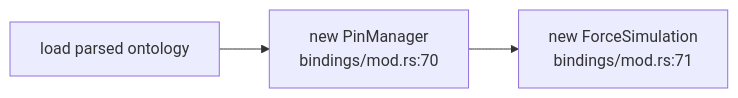
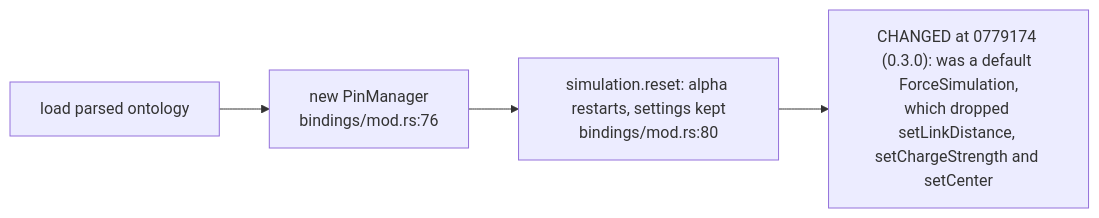
Before and after one commit to DreamLab-AI/VisionFlow: the second of 3 diagrams in docs/diagrams/vowl-wasm/06-layout-and-release-repairs.md, drawn with Mermaid. The commit also changed other lines of this file and 5 other files, not shown here.

First line of the commit message:
docs(diagrams): vowl-wasm re-verified at v0.4.0 (0779174)

````diff
--- a/docs/diagrams/vowl-wasm/06-layout-and-release-repairs.md
+++ b/docs/diagrams/vowl-wasm/06-layout-and-release-repairs.md
@@ -38,5 +38,6 @@
 ```mermaid
 flowchart LR
-    LOAD["load parsed ontology"] --> PINS["new PinManager<br/>bindings/mod.rs:70"]
-    PINS --> SIM["new ForceSimulation<br/>bindings/mod.rs:71"]
+    LOAD["load parsed ontology"] --> PINS["new PinManager<br/>bindings/mod.rs:76"]
+    PINS --> SIM["simulation.reset: alpha restarts, settings kept<br/>bindings/mod.rs:80"]
+    SIM --> CH["CHANGED at 0779174 (0.3.0): was a default ForceSimulation,<br/>which dropped setLinkDistance, setChargeStrength and setCenter"]
 ```
````
